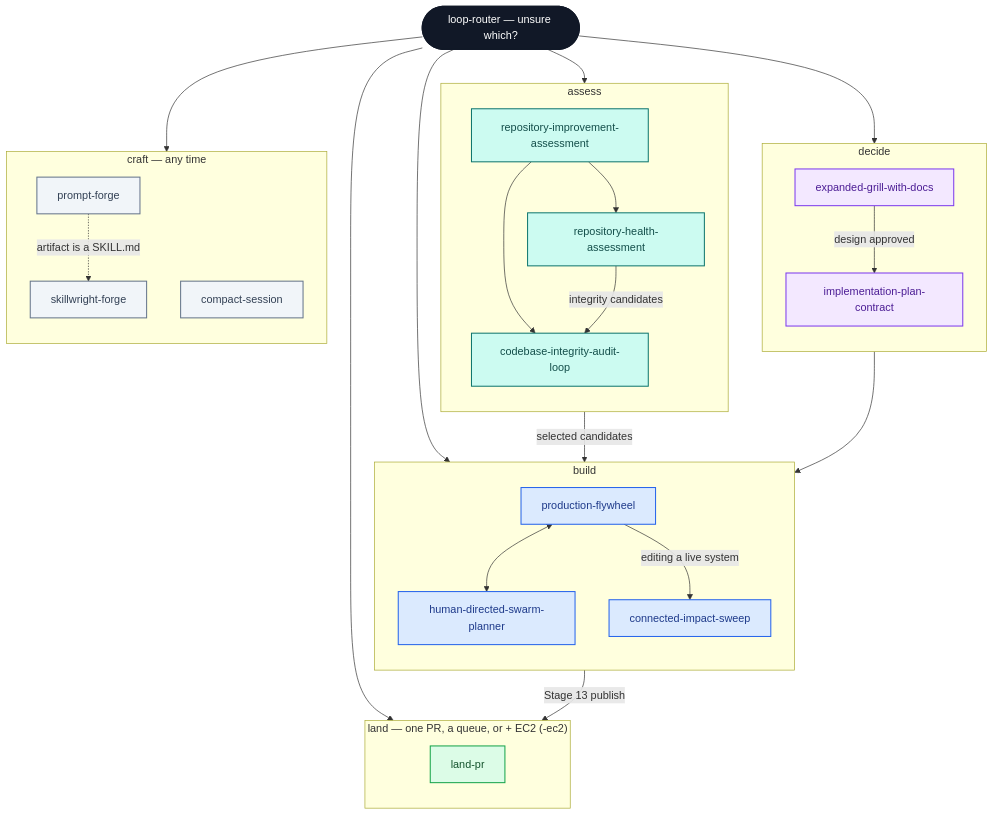
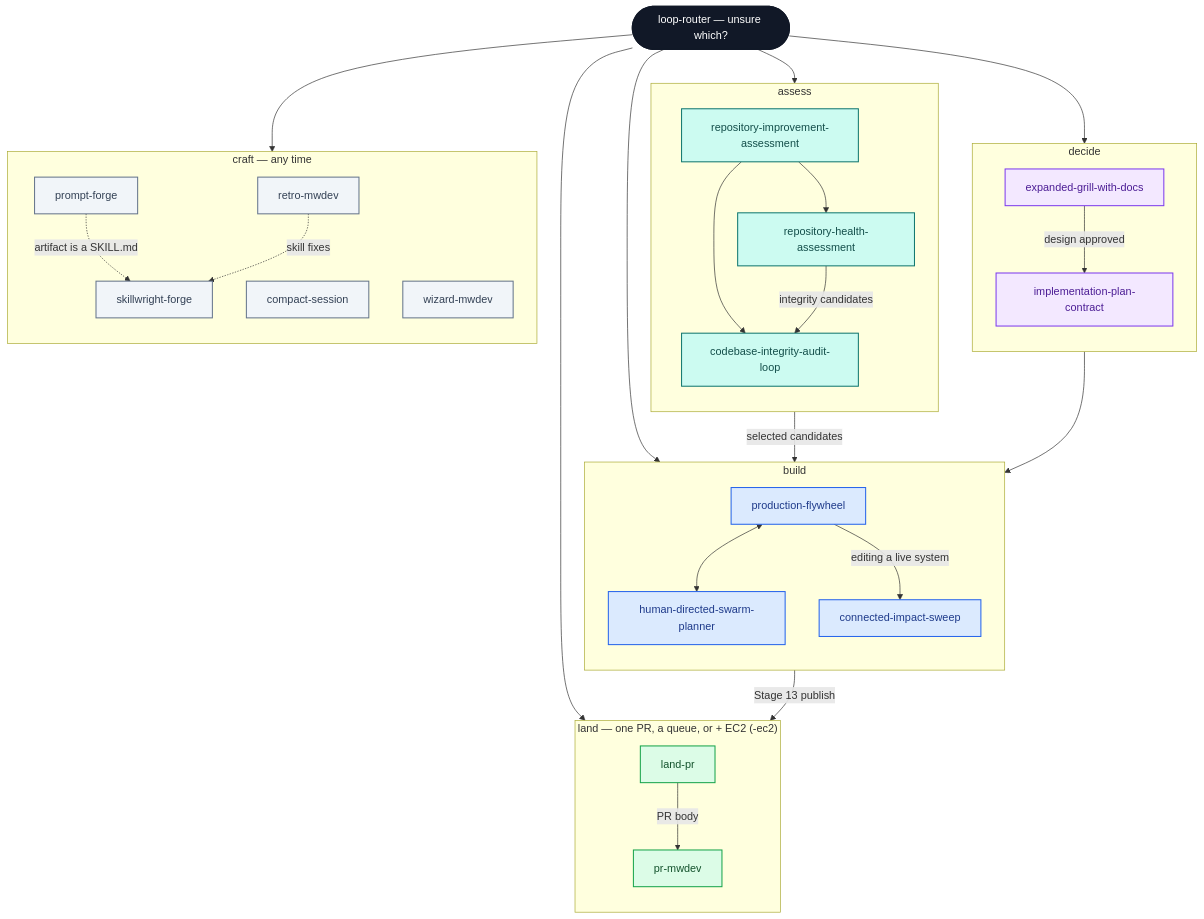
One commit to markwuenschel-dev/markdev-skills changed the diagram in README.md. Above: the diagram before and after it, drawn with Mermaid. The commit also changed other lines of this file and 285 other files, not shown here.

First line of the commit message:
feat: sync inventoried skills from canon; vendor pr-mwdev, wizard-mwdev, retro-mwdev

````diff
--- a/README.md
+++ b/README.md
@@ -49,66 +49,71 @@
 ```mermaid
 flowchart TD
     R(["loop-router — unsure which?"])
     R --> DECIDE
     R --> ASSESS
     R --> BUILD
     R --> LAND
     R --> CRAFT
 
     subgraph DECIDE["decide"]
         direction TB
         EG["expanded-grill-with-docs"]
         IPC["implementation-plan-contract"]
         EG -->|"design approved"| IPC
     end
 
     subgraph ASSESS["assess"]
         direction TB
         RIA["repository-improvement-assessment"]
         RHA["repository-health-assessment"]
         CIAL["codebase-integrity-audit-loop"]
         RIA --> RHA
         RIA --> CIAL
         RHA -->|"integrity candidates"| CIAL
     end
 
     subgraph BUILD["build"]
         direction TB
         PF["production-flywheel"]
         HDSP["human-directed-swarm-planner"]
         CIS["connected-impact-sweep"]
         PF <--> HDSP
         PF -->|"editing a live system"| CIS
     end
 
     subgraph LAND["land — one PR, a queue, or + EC2 (-ec2)"]
         direction TB
         LP["land-pr"]
+        PRB["pr-mwdev"]
+        LP -->|"PR body"| PRB
     end
 
     subgraph CRAFT["craft — any time"]
         direction TB
         PFG["prompt-forge"]
         SWF["skillwright-forge"]
         CS["compact-session"]
+        WIZ["wizard-mwdev"]
+        RETRO["retro-mwdev"]
         PFG -.->|"artifact is a SKILL.md"| SWF
+        RETRO -.->|"skill fixes"| SWF
     end
 
     IPC --> PF
     CIAL -->|"selected candidates"| PF
     PF -->|"Stage 13 publish"| LP
 
     classDef router fill:#111827,stroke:#111827,color:#ffffff,stroke-width:2px
     classDef decide fill:#f3e8ff,stroke:#7c3aed,color:#4c1d95,stroke-width:1.5px
     classDef assess fill:#ccfbf1,stroke:#0f766e,color:#134e4a,stroke-width:1.5px
     classDef build fill:#dbeafe,stroke:#2563eb,color:#1e3a8a,stroke-width:1.5px
     classDef land fill:#dcfce7,stroke:#16a34a,color:#14532d,stroke-width:1.5px
     classDef craft fill:#f1f5f9,stroke:#64748b,color:#334155,stroke-width:1.5px
 
     class R router
     class EG,IPC decide
     class RIA,RHA,CIAL assess
     class PF,HDSP,CIS build
-    class LP land
-    class PFG,SWF,CS craft
+    class LP,PRB land
+    class PFG,SWF,CS,WIZ,RETRO craft
 ```
````
